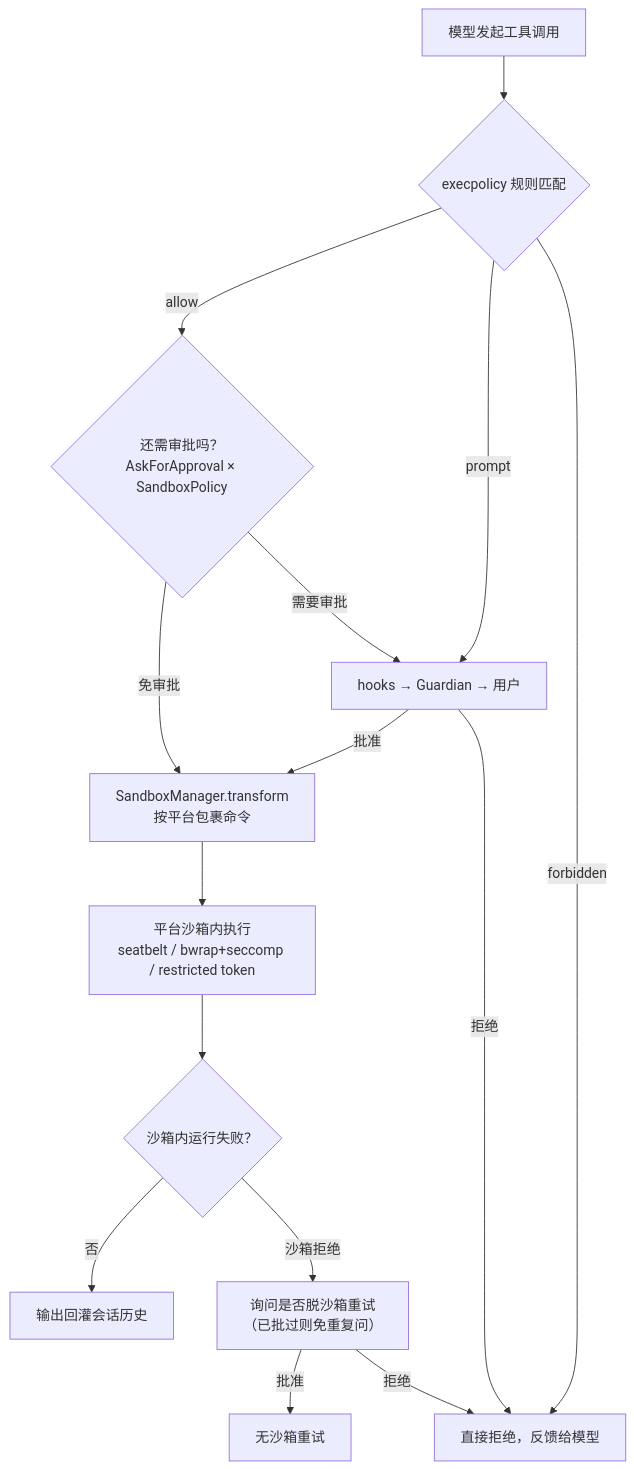
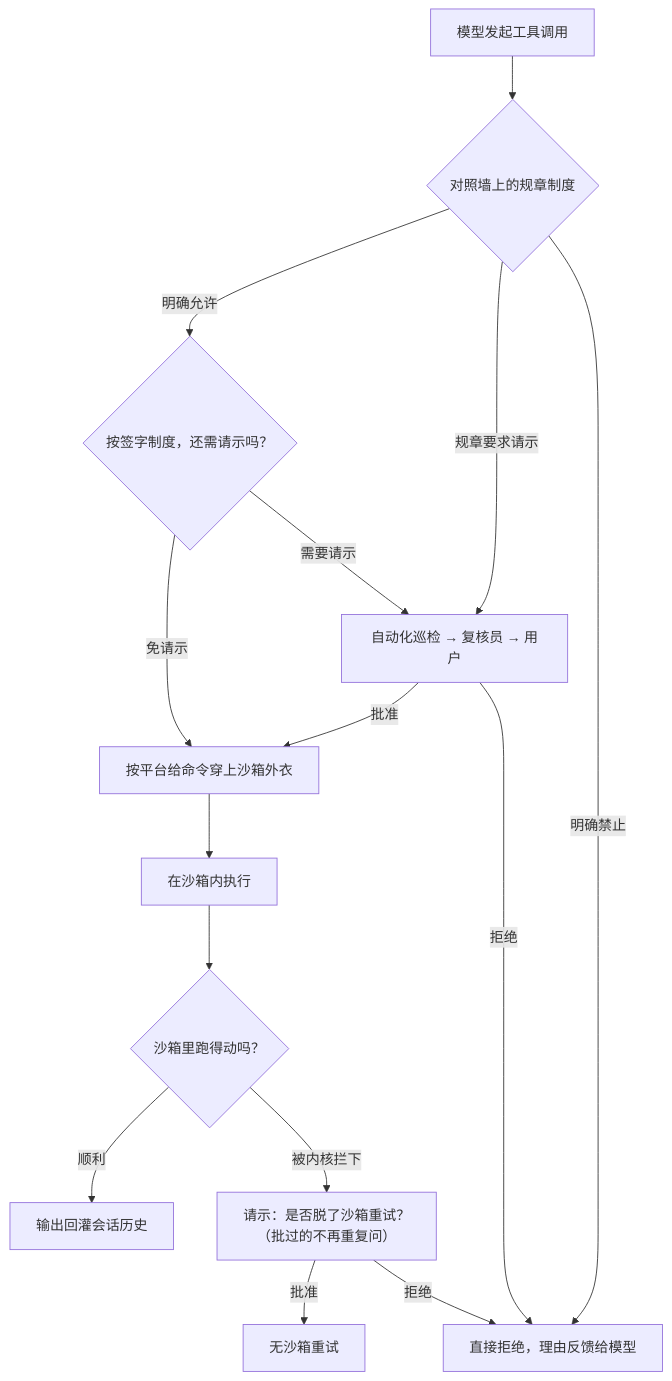
Before and after one commit to 13927/codex-book: the diagram in src/part4/approval-and-sandbox.md, drawn with Mermaid. The commit also changed other lines of this file and 14 other files, not shown here.

````diff
--- a/src/part4/approval-and-sandbox.md
+++ b/src/part4/approval-and-sandbox.md
@@ -38,17 +59,17 @@
 ```mermaid
 flowchart TD
-    A["模型发起工具调用"] --> B{"execpolicy 规则匹配"}
-    B -- "allow" --> C{"还需审批吗？<br/>AskForApproval × SandboxPolicy"}
-    B -- "prompt" --> H["hooks → Guardian → 用户"]
-    B -- "forbidden" --> X["直接拒绝，反馈给模型"]
-    C -- "免审批" --> D["SandboxManager.transform<br/>按平台包裹命令"]
-    C -- "需要审批" --> H
+    A["模型发起工具调用"] --> B{"对照墙上的规章制度"}
+    B -- "明确允许" --> C{"按签字制度，还需请示吗？"}
+    B -- "规章要求请示" --> H["自动化巡检 → 复核员 → 用户"]
+    B -- "明确禁止" --> X["直接拒绝，理由反馈给模型"]
+    C -- "免请示" --> D["按平台给命令穿上沙箱外衣"]
+    C -- "需要请示" --> H
     H -- "批准" --> D
     H -- "拒绝" --> X
-    D --> E["平台沙箱内执行<br/>seatbelt / bwrap+seccomp / restricted token"]
-    E --> F{"沙箱内运行失败？"}
-    F -- "否" --> G["输出回灌会话历史"]
-    F -- "沙箱拒绝" --> H2["询问是否脱沙箱重试<br/>（已批过则免重复问）"]
+    D --> E["在沙箱内执行"]
+    E --> F{"沙箱里跑得动吗？"}
+    F -- "顺利" --> G["输出回灌会话历史"]
+    F -- "被内核拦下" --> H2["请示：是否脱了沙箱重试？<br/>（批过的不再重复问）"]
     H2 -- "批准" --> I["无沙箱重试"]
     H2 -- "拒绝" --> X
 ```
````
